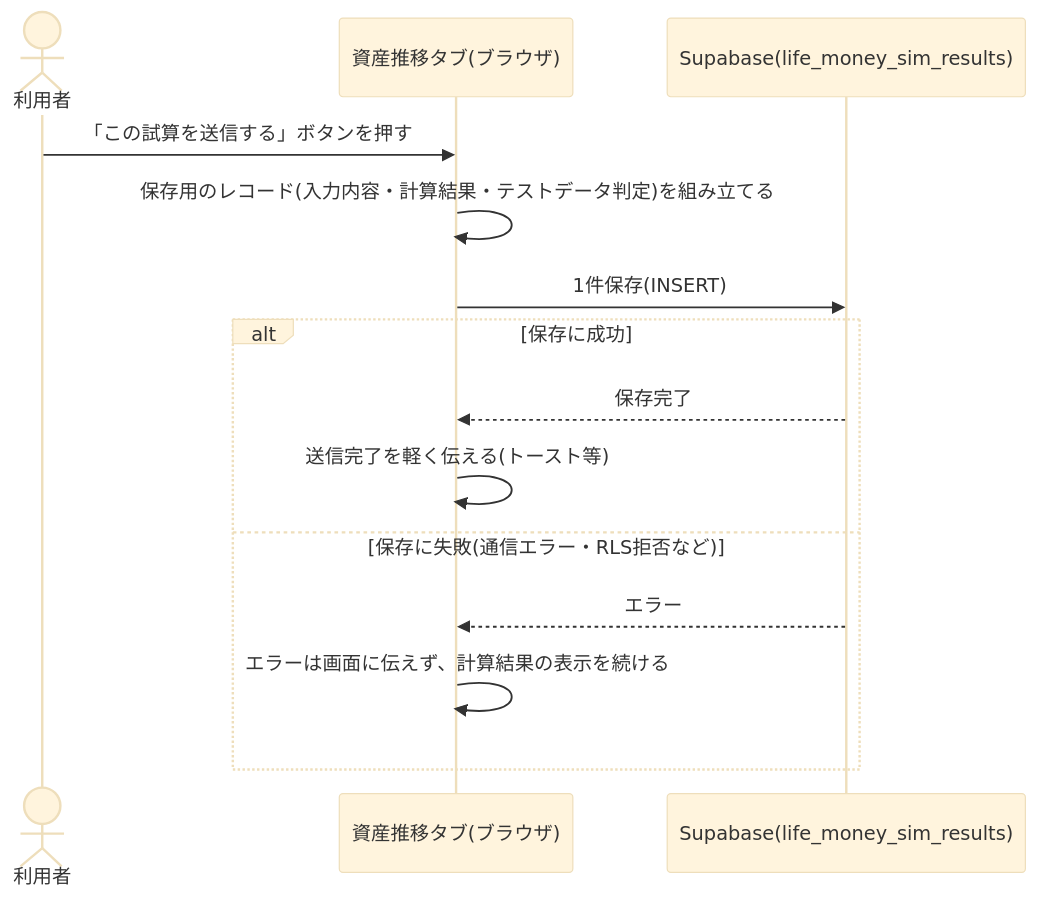
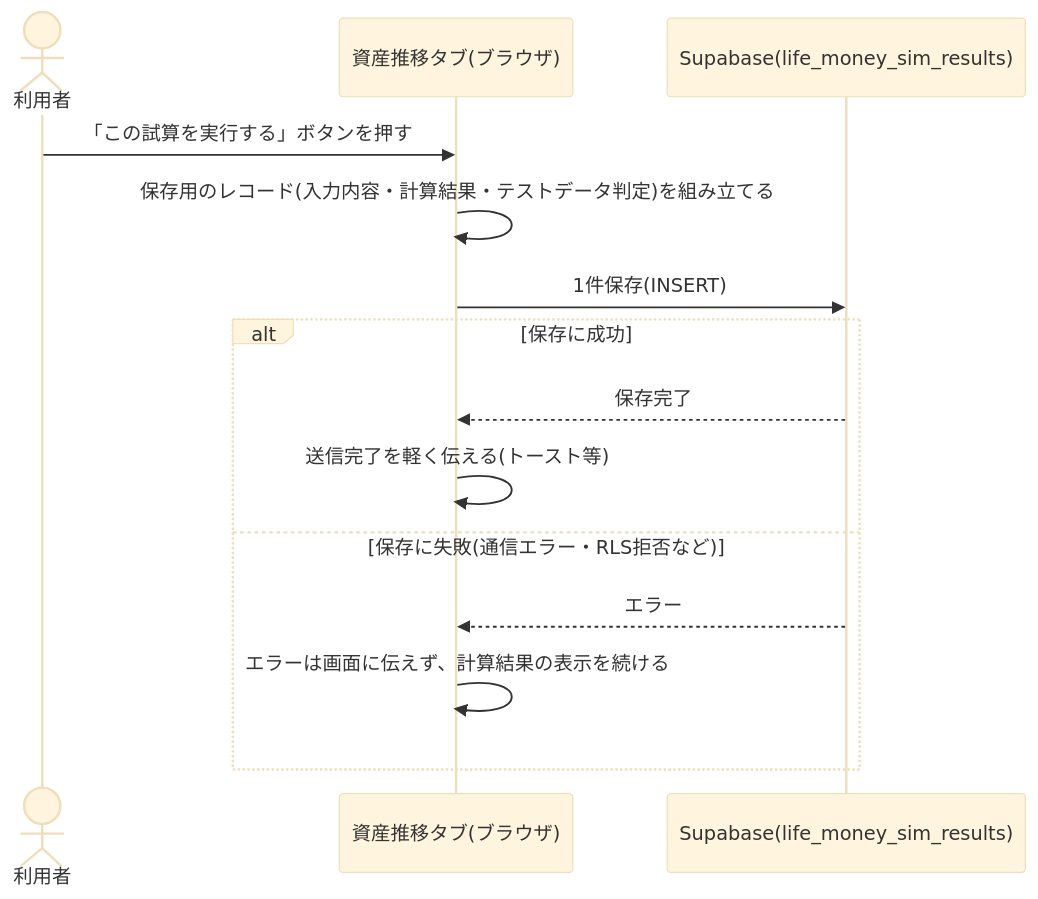
Before and after one commit to zakiyama0108/benriyatool: the diagram in specs/life-money-sim/save-result/design.md, drawn with Mermaid (base theme). The commit also changed other lines of this file and 4 other files, not shown here.

````diff
--- a/specs/life-money-sim/save-result/design.md
+++ b/specs/life-money-sim/save-result/design.md
@@ -23,17 +23,17 @@
 ```mermaid
 sequenceDiagram
     actor user as 利用者
     participant screen as 資産推移タブ(ブラウザ)
     participant db as Supabase(life_money_sim_results)
 
-    user ->> screen: 「この試算を送信する」ボタンを押す
+    user ->> screen: 「この試算を実行する」ボタンを押す
     screen ->> screen: 保存用のレコード(入力内容・計算結果・テストデータ判定)を組み立てる
     screen ->> db: 1件保存(INSERT)
     alt 保存に成功
         db -->> screen: 保存完了
         screen ->> screen: 送信完了を軽く伝える(トースト等)
     else 保存に失敗(通信エラー・RLS拒否など)
         db -->> screen: エラー
         screen ->> screen: エラーは画面に伝えず、計算結果の表示を続ける
     end
 ```
````
